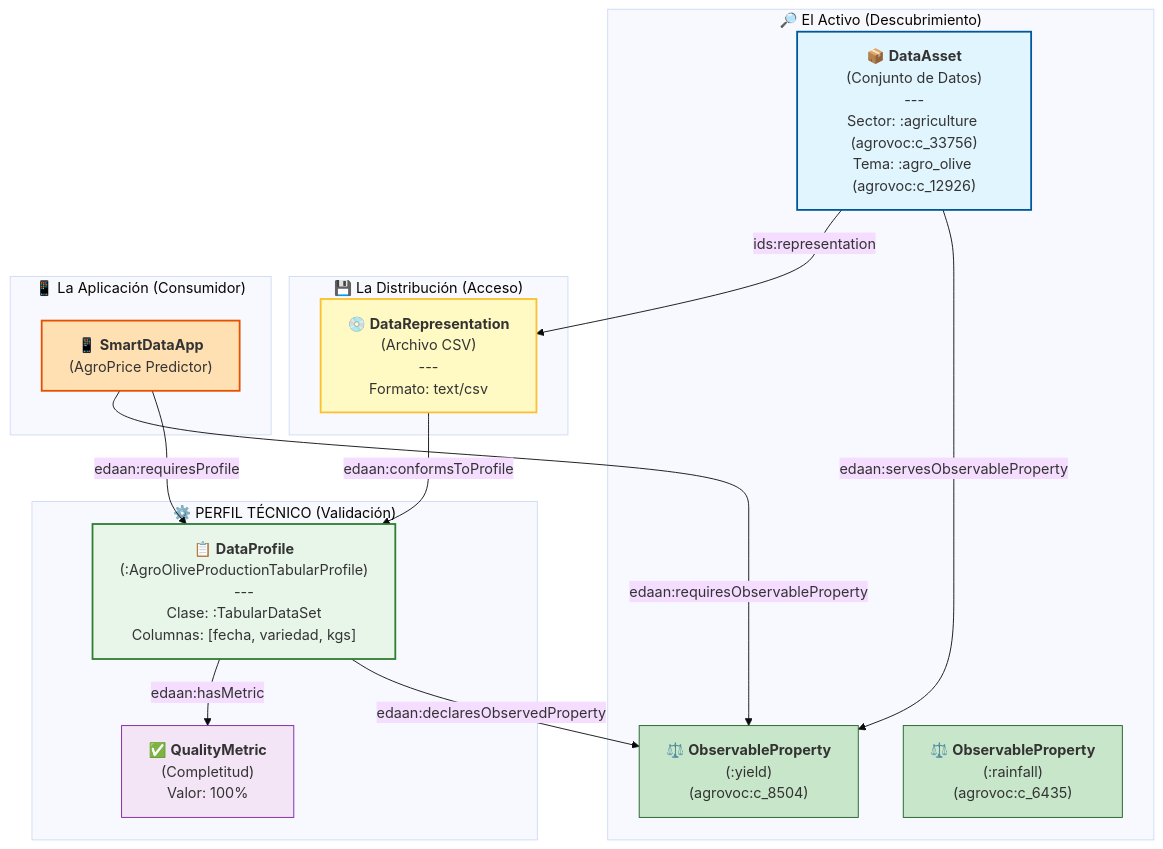
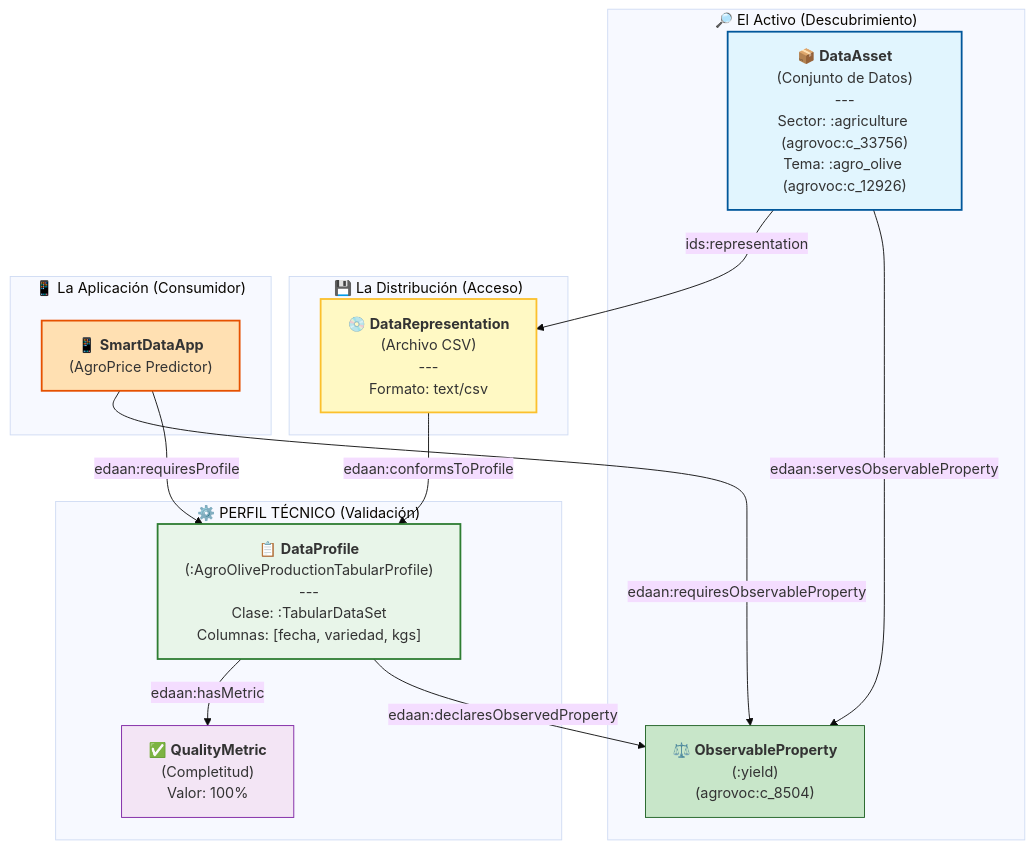
Before and after one commit to KhaosResearch/EDAAnOWL: the diagram in INTEGRATION_DEMO.md, drawn with Mermaid (base theme). The commit also changed other lines of this file, not shown here.

````diff
--- a/INTEGRATION_DEMO.md
+++ b/INTEGRATION_DEMO.md
@@ -21,45 +21,43 @@
 ```mermaid
 graph TD
     %% Subgraphs
     subgraph "🔎 El Activo (Descubrimiento)"
         Resource["📦 <b>DataAsset</b><br/>(Conjunto de Datos)<br/>---<br/>Sector: :agriculture (agrovoc:c_33756)<br/>Tema: :agro_olive (agrovoc:c_12926)<br/>"]
         
         ObsProp1["⚖️ <b>ObservableProperty</b><br/>(:yield)<br/>(agrovoc:c_8504)"]
-        ObsProp2["⚖️ <b>ObservableProperty</b><br/>(:rainfall)<br/>(agrovoc:c_6435)"]
     end
 
     subgraph "💾 La Distribución (Acceso)"
         Dist["💿 <b>DataRepresentation</b><br/>(Archivo CSV)<br/>---<br/>Formato: text/csv"]
     end
 
     subgraph "⚙️ PERFIL TÉCNICO (Validación)"
         Profile["📋 <b>DataProfile</b><br/>(:AgroOliveProductionTabularProfile)<br/>---<br/>Clase: :TabularDataSet<br/>Columnas: [fecha, variedad, kgs]<br/>"]
         
         Metric1["✅ <b>QualityMetric</b><br/>(Completitud)<br/>Valor: 100%"]
     end
     
     subgraph "📱 La Aplicación (Consumidor)"
         App["📱 <b>SmartDataApp</b><br/>(AgroPrice Predictor)"]
     end
 
     %% Relationships
     Resource -->|"ids:representation"| Dist
     Resource -->|"edaan:servesObservableProperty"| ObsProp1
     
     Dist -->|"edaan:conformsToProfile"| Profile
     
     Profile -->|"edaan:hasMetric"| Metric1
     Profile -->|"edaan:declaresObservedProperty"| ObsProp1
     
     App -->|"edaan:requiresObservableProperty"| ObsProp1
     App -->|"edaan:requiresProfile"| Profile
 
     %% Styling
     style Resource fill:#e1f5fe,stroke:#01579b,stroke-width:2px
     style Dist fill:#fff9c4,stroke:#fbc02d,stroke-width:2px
     style Profile fill:#e8f5e9,stroke:#2e7d32,stroke-width:2px
     style Metric1 fill:#f3e5f5,stroke:#7b1fa2,stroke-width:1px
     style ObsProp1 fill:#c8e6c9,stroke:#1b5e20,stroke-width:1px
-    style ObsProp2 fill:#c8e6c9,stroke:#1b5e20,stroke-width:1px
     style App fill:#ffe0b2,stroke:#e65100,stroke-width:2px
 ```
````
